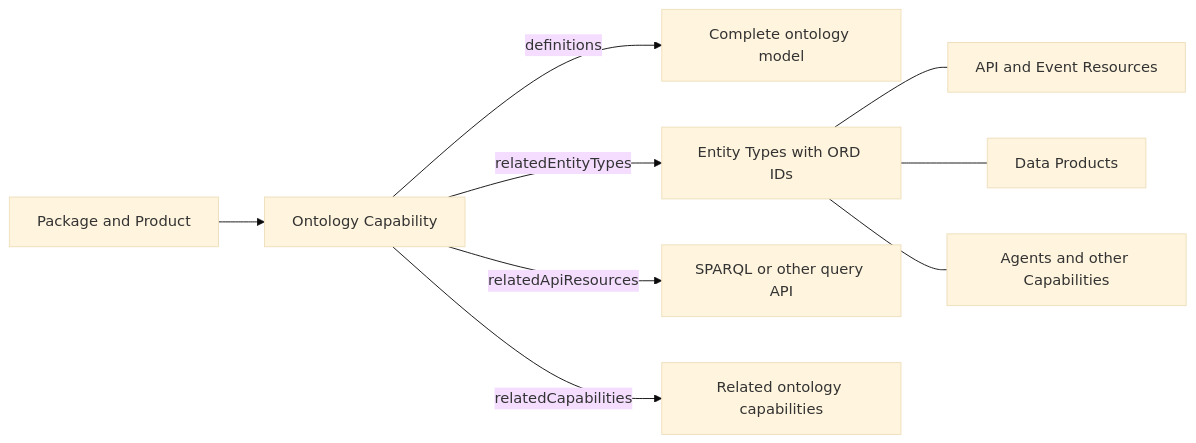
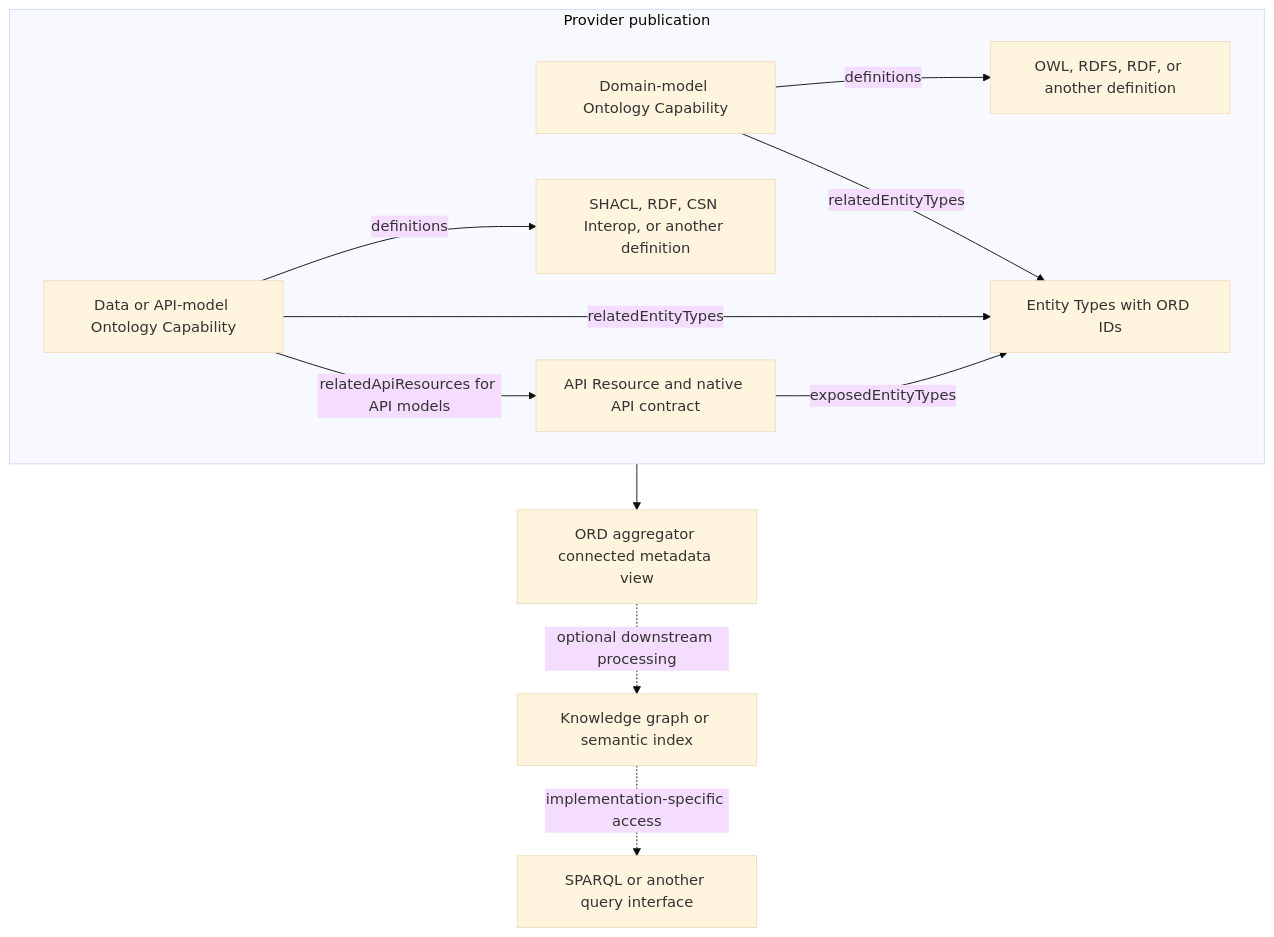
One commit to open-resource-discovery/specification changed the diagram in docs/spec-v1/concepts/ontologies.md. Above: the diagram before and after it, drawn with Mermaid (base theme). The commit also changed other lines of this file and 4 other files, not shown here.

Commit message:
Model ontology layers and SHACL definitions

````diff
--- a/docs/spec-v1/concepts/ontologies.md
+++ b/docs/spec-v1/concepts/ontologies.md
@@ -46,11 +48,22 @@
 ```mermaid
-flowchart LR
-  Package[Package and Product] --> Ontology[Ontology Capability]
-  Ontology -->|definitions| Model[Complete ontology model]
-  Ontology -->|relatedEntityTypes| EntityTypes[Entity Types with ORD IDs]
-  EntityTypes --- APIs[API and Event Resources]
-  EntityTypes --- DataProducts[Data Products]
-  EntityTypes --- Agents[Agents and other Capabilities]
-  Ontology -->|relatedApiResources| QueryApi[SPARQL or other query API]
-  Ontology -->|relatedCapabilities| OtherOntology[Related ontology capabilities]
+flowchart TB
+  subgraph Provider[Provider publication]
+    DomainOntology[Domain-model Ontology Capability]
+    ContractOntology[Data or API-model Ontology Capability]
+    EntityTypes[Entity Types with ORD IDs]
+    Contracts[API Resource and native API contract]
+    DomainDefinition[OWL, RDFS, RDF, or another definition]
+    ContractDefinition[SHACL, RDF, CSN Interop, or another definition]
+
+    DomainOntology -->|definitions| DomainDefinition
+    ContractOntology -->|definitions| ContractDefinition
+    DomainOntology -->|relatedEntityTypes| EntityTypes
+    ContractOntology -->|relatedEntityTypes| EntityTypes
+    ContractOntology -->|relatedApiResources for API models| Contracts
+    Contracts -->|exposedEntityTypes| EntityTypes
+  end
+
+  Provider --> Aggregator[ORD aggregator connected metadata view]
+  Aggregator -. optional downstream processing .-> KnowledgeGraph[Knowledge graph or semantic index]
+  KnowledgeGraph -. implementation-specific access .-> Sparql[SPARQL or another query interface]
 ```
````
